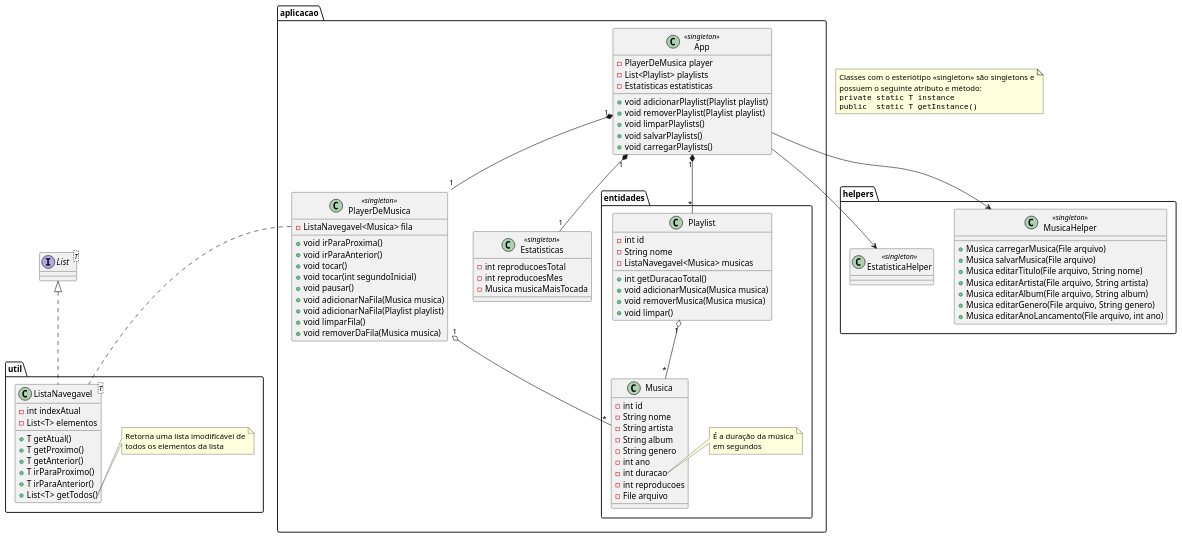
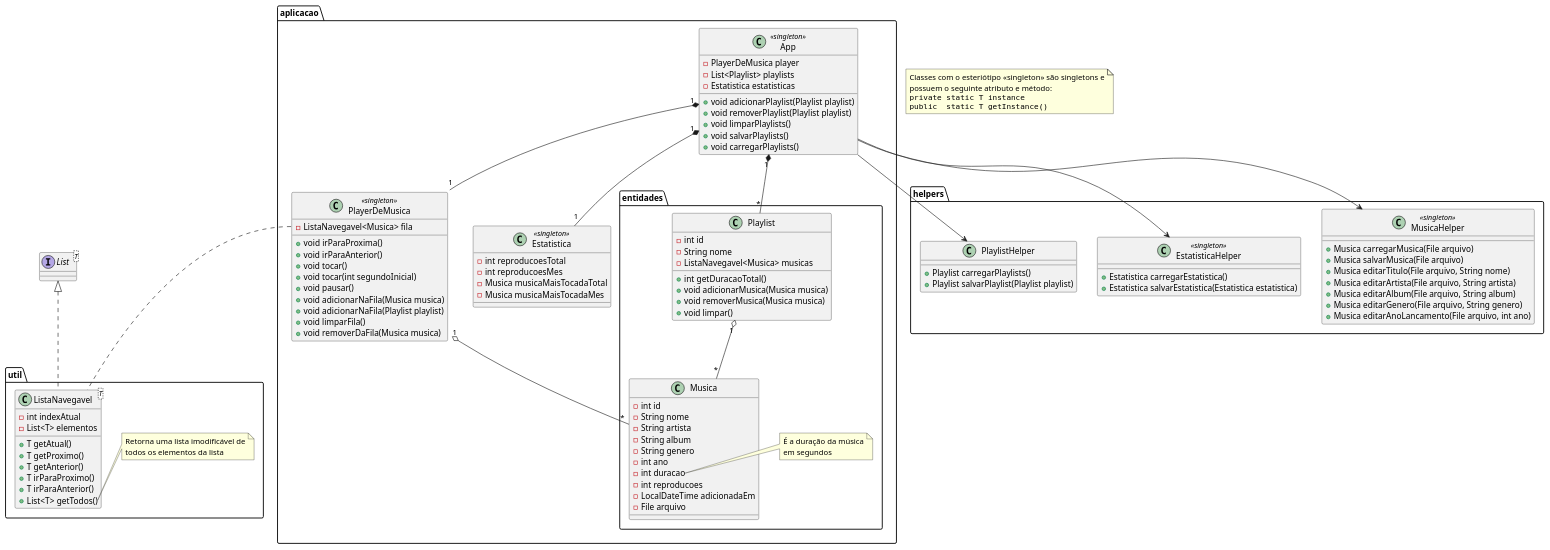
Before and after one commit to carloscardoso05/Astroplayer: the diagram in docs/uml_classes.puml, drawn with PlantUML.

Commit message:
Atualização da UML

```diff
--- a/docs/uml_classes.puml
+++ b/docs/uml_classes.puml
@@ -1,124 +1,133 @@
 @startuml
 
 interface List<T>
 
 package aplicacao {
 
     class App<<singleton>> {
         - PlayerDeMusica player
         - List<Playlist> playlists
-        - Estatisticas estatisticas
+        - Estatistica estatisticas
         + void adicionarPlaylist(Playlist playlist)
         + void removerPlaylist(Playlist playlist)
         + void limparPlaylists()
         + void salvarPlaylists()
         + void carregarPlaylists()
     }
 
     class PlayerDeMusica<<singleton>> {
         - ListaNavegavel<Musica> fila
         + void irParaProxima()
         + void irParaAnterior()
         + void tocar()
         + void tocar(int segundoInicial)
         + void pausar()
         + void adicionarNaFila(Musica musica)
         + void adicionarNaFila(Playlist playlist)
         + void limparFila()
         + void removerDaFila(Musica musica)
     }
 
-    class Estatisticas<<singleton>> {
+    class Estatistica<<singleton>> {
         - int reproducoesTotal
         - int reproducoesMes
-        - Musica musicaMaisTocada
+        - Musica musicaMaisTocadaTotal
+        - Musica musicaMaisTocadaMes
     }
 
     package entidades {
 
         class Musica {
             - int id
             - String nome
             - String artista
             - String album
             - String genero
             - int ano
             - int duracao
             - int reproducoes
+            - LocalDateTime adicionadaEm
             - File arquivo
         }
 
         note right of Musica::duracao
          É a duração da música
          em segundos
         end note
 
         class Playlist {
             - int id
             - String nome
             - ListaNavegavel<Musica> musicas
             + int getDuracaoTotal()
             + void adicionarMusica(Musica musica)
             + void removerMusica(Musica musica)
             + void limpar()
         }
     }
 
 }
 
 package helpers {
 
     class MusicaHelper<<singleton>> {
         + Musica carregarMusica(File arquivo)
         + Musica salvarMusica(File arquivo)
         + Musica editarTitulo(File arquivo, String nome)
         + Musica editarArtista(File arquivo, String artista)
         + Musica editarAlbum(File arquivo, String album)
         + Musica editarGenero(File arquivo, String genero)
         + Musica editarAnoLancamento(File arquivo, int ano)
     }
 
     class EstatisticaHelper<<singleton>> {
+        + Estatistica carregarEstatistica()
+        + Estatistica salvarEstatistica(Estatistica estatistica)
+    }
 
+    class PlaylistHelper {
+        + Playlist carregarPlaylists()
+        + Playlist salvarPlaylist(Playlist playlist)
     }
 
 }
 
 package util {
 
     class ListaNavegavel<T> implements .List<T> {
         - int indexAtual
         - List<T> elementos
         + T getAtual()
         + T getProximo()
         + T getAnterior()
         + T irParaProximo()
         + T irParaAnterior()
         + List<T> getTodos()
     }
 
     note right of ListaNavegavel::getTodos
      Retorna uma lista imodificável de
      todos os elementos da lista
     end note
 
 }
 
 App "1" *-- "1" PlayerDeMusica
 App "1" *-- "*" Playlist
-App "1" *-- "1" Estatisticas
+App "1" *-- "1" Estatistica
 App --> MusicaHelper
 App --> EstatisticaHelper
+App --> PlaylistHelper
 PlayerDeMusica "1" o-- "*" Musica
 PlayerDeMusica::fila .. ListaNavegavel
 Playlist "1" o-- "*" Musica
 
 note as NotaSingleton
     Classes com o esteriótipo <<singleton>> são singletons e
     possuem o seguinte atributo e método:
     <code>
     private static T instance
     public  static T getInstance()
     </code>
 end note
 @enduml
```
